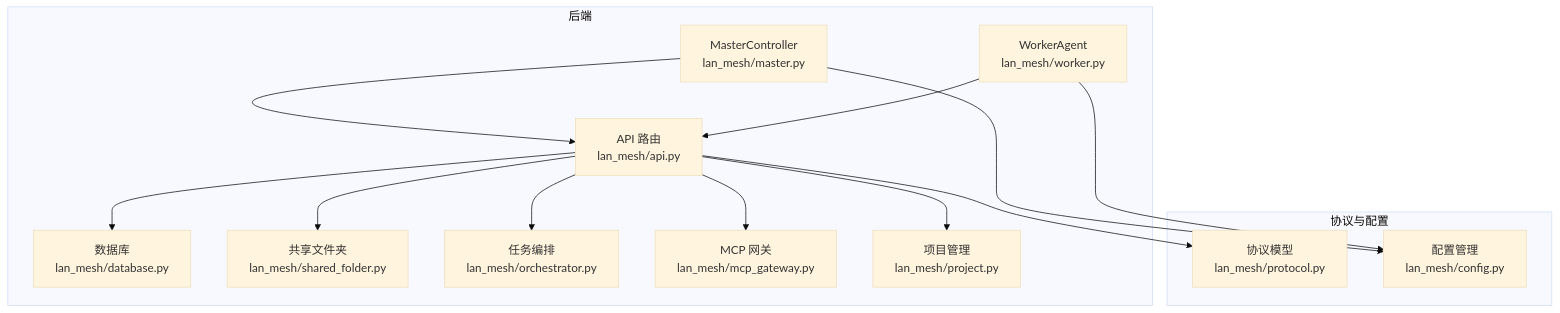
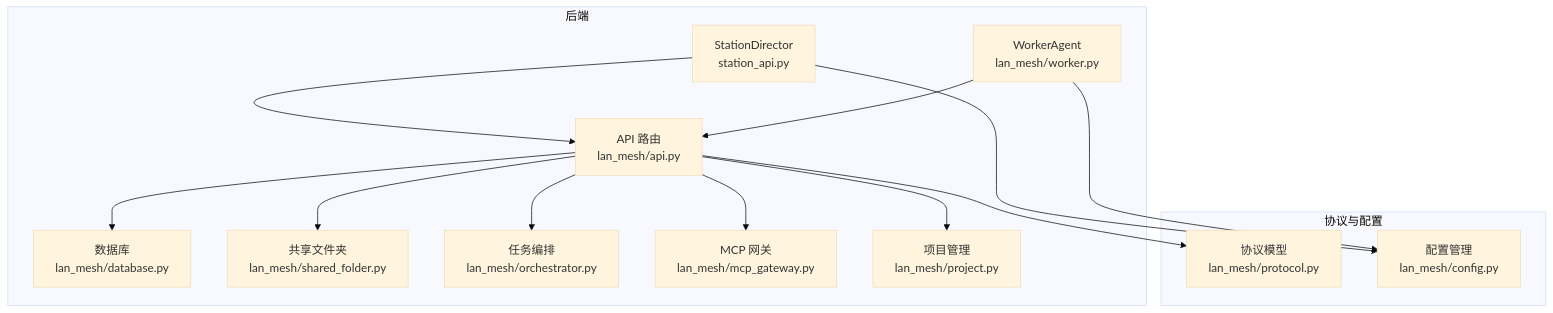
Before and after one commit to targalian/Personal-distributed-workstation: the first of 7 diagrams in .qoder/repowiki/zh/content/API 参考手册/RESTful API 规范.md, drawn with Mermaid (base theme). The commit also changed other lines of this file and 63 other files, not shown here.

Commit message:
docs(station): 同步 repo wiki 至 station_controller/station_api 架构

````diff
--- a/.qoder/repowiki/zh/content/API 参考手册/RESTful API 规范.md
+++ b/.qoder/repowiki/zh/content/API 参考手册/RESTful API 规范.md
@@ -49,27 +49,27 @@
 ```mermaid
 graph TB
 subgraph "后端"
-A["MasterController<br/>lan_mesh/master.py"]
+A["StationDirector<br/>station_api.py"]
 B["WorkerAgent<br/>lan_mesh/worker.py"]
 C["API 路由<br/>lan_mesh/api.py"]
 D["数据库<br/>lan_mesh/database.py"]
 E["共享文件夹<br/>lan_mesh/shared_folder.py"]
 F["任务编排<br/>lan_mesh/orchestrator.py"]
 G["MCP 网关<br/>lan_mesh/mcp_gateway.py"]
 H["项目管理<br/>lan_mesh/project.py"]
 end
 subgraph "协议与配置"
 I["协议模型<br/>lan_mesh/protocol.py"]
 J["配置管理<br/>lan_mesh/config.py"]
 end
 A --> C
 B --> C
 C --> D
 C --> E
 C --> F
 C --> G
 C --> H
 C --> I
 A --> J
 B --> J
 ```
````
